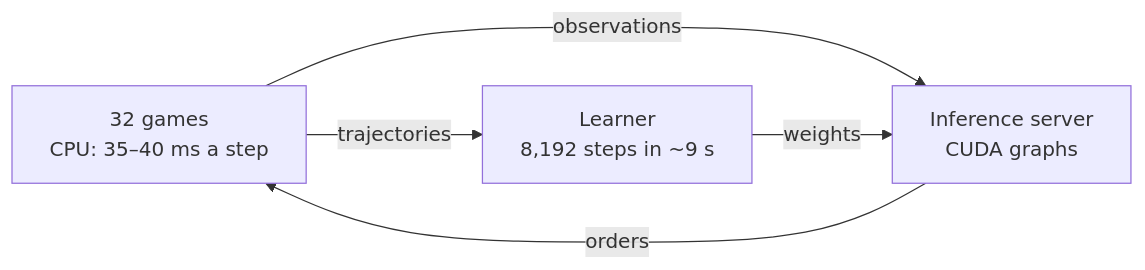
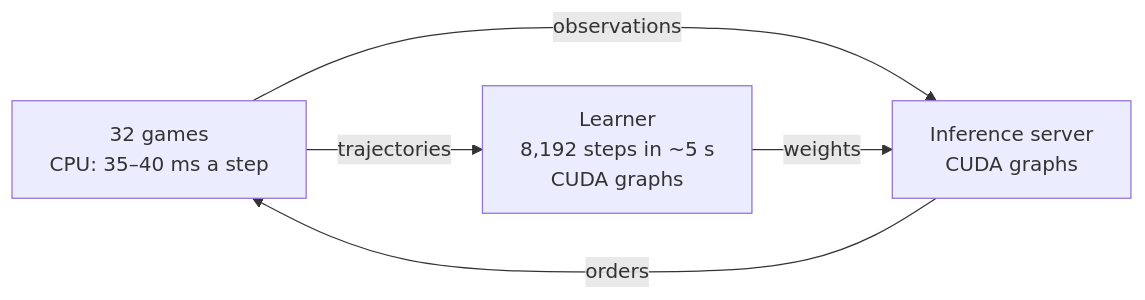
The second of 2 diagrams in docs/optimizations.md (RobinKa/warcraftsim), drawn with Mermaid before and after one commit. The commit also changed other lines of this file and 1 other file, not shown here.

Commit message:
docs: the learner as CUDA graphs: updates ~9.5 -> ~5 s in the run, ~800 -> ~1,000 steps/s

````diff
--- a/docs/optimizations.md
+++ b/docs/optimizations.md
@@ -17,7 +17,7 @@
 ```mermaid
 flowchart LR
   G["32 games<br/>CPU: 35–40 ms a step"] -- "observations" --> I["Inference server<br/>CUDA graphs"]
   I -- "orders" --> G
-  G -- "trajectories" --> L["Learner<br/>8,192 steps in ~9 s"]
+  G -- "trajectories" --> L["Learner<br/>8,192 steps in ~5 s<br/>CUDA graphs"]
   L -- "weights" --> I
 ```
````
